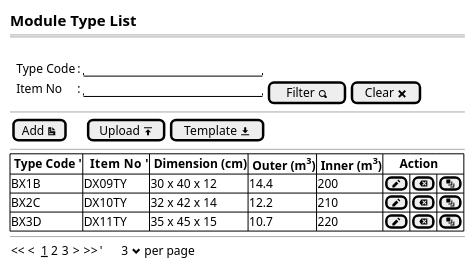
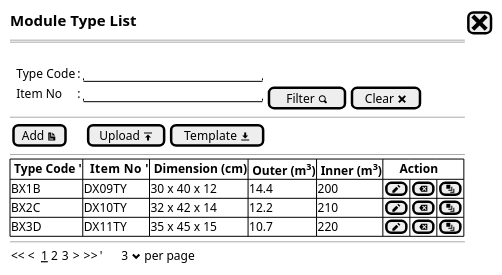
One commit to ari-fikri/packing-cost-mockup changed the diagram in Module Type/module type - list step0a.puml. Above: the diagram before and after it, drawn with PlantUML. The commit also changed 3 other files, not shown here.

```diff
--- a/Module Type/module type - list step0a.puml
+++ b/Module Type/module type - list step0a.puml
@@ -1,27 +1,27 @@
 @startsalt
 {
-  <size:15><b>Module Type List
+  <size:15><b>Module Type List|[<size:25><&x>]|*
   ==
   .
   {
       .|Type Code    |: |"                      "|*
       .|Item No      |: |"                      "| [Filter <&magnifying-glass>]| [Clear <&x>]| *      
 
   }
   --
   {
   [Add <&document>]|.|.|.|[Upload <&data-transfer-upload>]| [Template <&data-transfer-download>]|*
   }
   --
   {#
     |<b> Type Code '|<b>  Item No  '|<b> Dimension (cm)  |<b> Outer (m<sup>3</sup>)   |<b> Inner (m<sup>3</sup>)   |<b>     Action |*|*|*
     | BX1B          | DX09TY        | 30 x 40 x 12       | 14.4                       | 200                        | [<&pencil>]|[<&delete>]|[<&layers>]|*
     | BX2C          | DX10TY        | 32 x 42 x 14       | 12.2                       | 210                        | [<&pencil>]|[<&delete>]|[<&layers>]|*
     | BX3D          | DX11TY        | 35 x 45 x 15       | 10.7                       | 220                        | [<&pencil>]|[<&delete>]|[<&layers>]|*
   }
   --
   {
   << <  __1__ 2 3  > >>  |'      3 <&chevron-bottom> per page |*
   }
 }
 @endsalt
```
